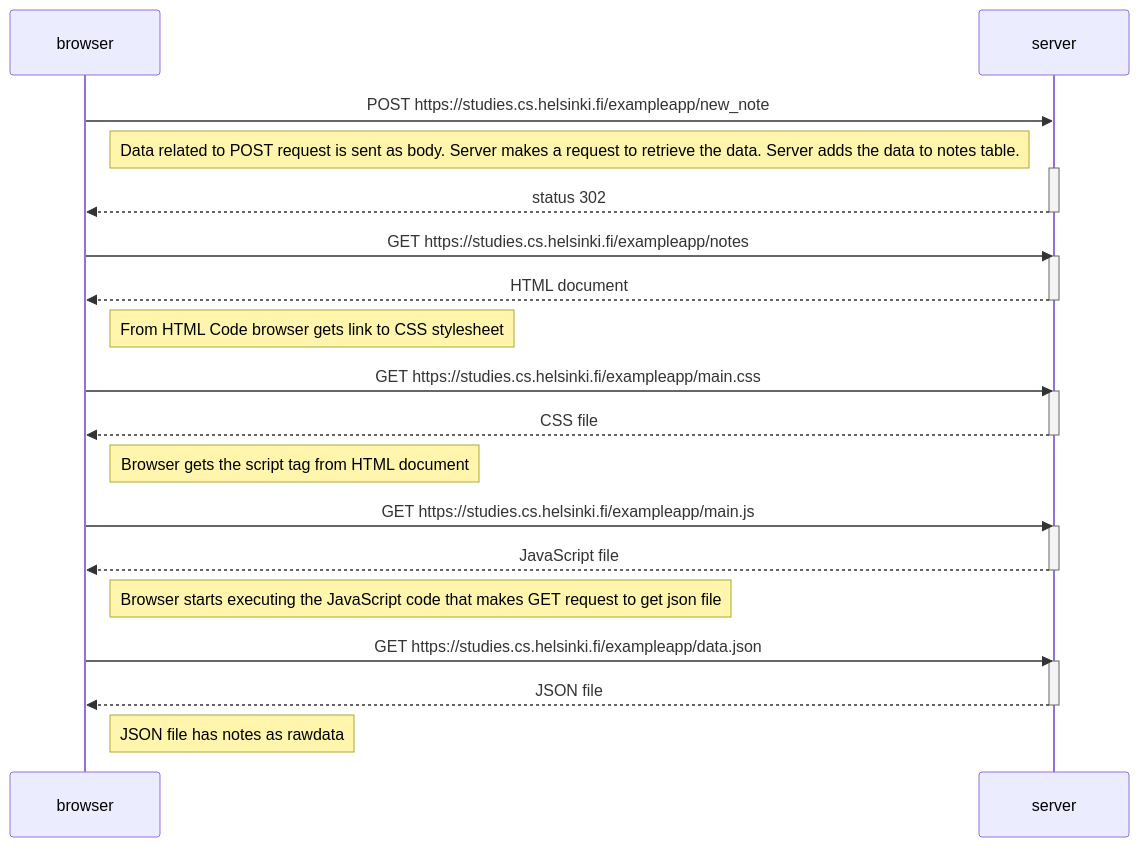
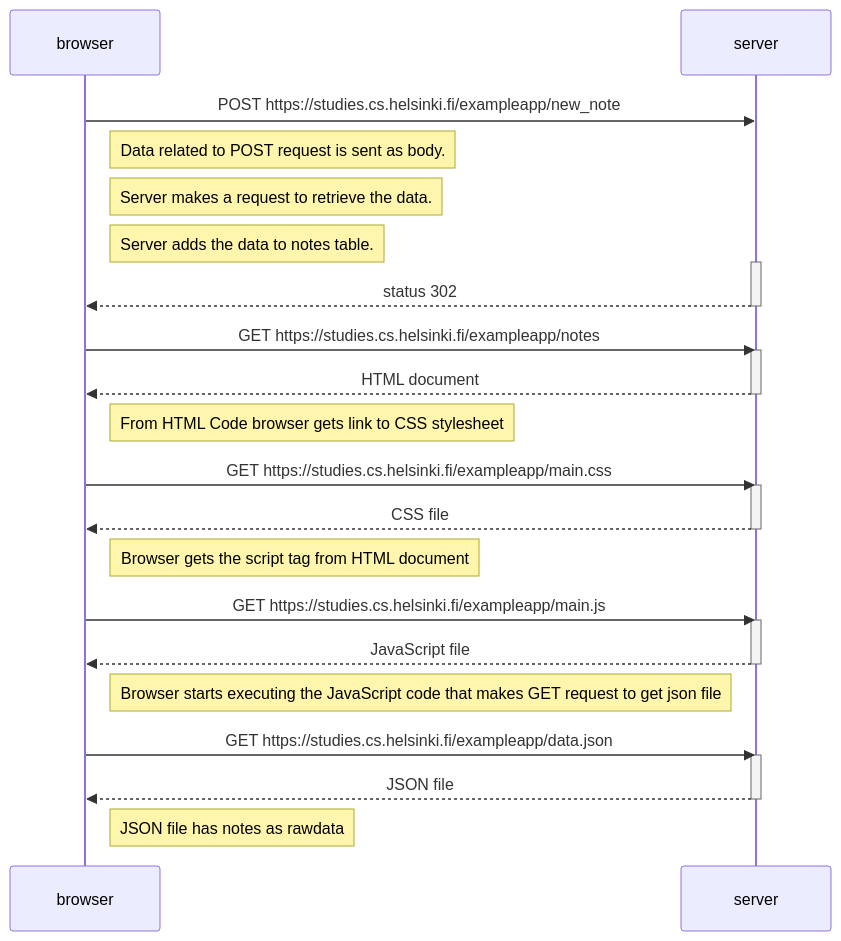
One commit to tkartasl/full_stack_open changed the diagram in osa0/0.4_new_note.md. Above: the diagram before and after it, drawn with Mermaid.

````diff
--- a/osa0/0.4_new_note.md
+++ b/osa0/0.4_new_note.md
@@ -1,38 +1,40 @@
 ```mermaid
 sequenceDiagram
   participant browser
   participant server
 
   browser->>server: POST https://studies.cs.helsinki.fi/exampleapp/new_note
   
-  Note right of browser: Data related to POST request is sent as body. Server makes a request to retrieve the data. Server adds the data to notes table.
+  Note right of browser: Data related to POST request is sent as body.
+  Note right of browser: Server makes a request to retrieve the data.
+  Note right of browser: Server adds the data to notes table.
 
   activate server
   server-->>browser: status 302
   deactivate server
 
   browser->>server: GET https://studies.cs.helsinki.fi/exampleapp/notes
   activate server
   server-->>browser: HTML document
   deactivate server
   Note right of browser: From HTML Code browser gets link to CSS stylesheet
   
   browser->>server: GET https://studies.cs.helsinki.fi/exampleapp/main.css
   activate server
   server-->>browser: CSS file
   deactivate server
   Note right of browser: Browser gets the script tag from HTML document
   
   browser->>server: GET https://studies.cs.helsinki.fi/exampleapp/main.js
   activate server
   server-->>browser: JavaScript file
   deactivate server
   
   Note right of browser: Browser starts executing the JavaScript code that makes GET request to get json file
   
   browser->>server: GET https://studies.cs.helsinki.fi/exampleapp/data.json
   activate server
   server-->>browser: JSON file
   deactivate server
   Note right of browser: JSON file has notes as rawdata
 ```
````
